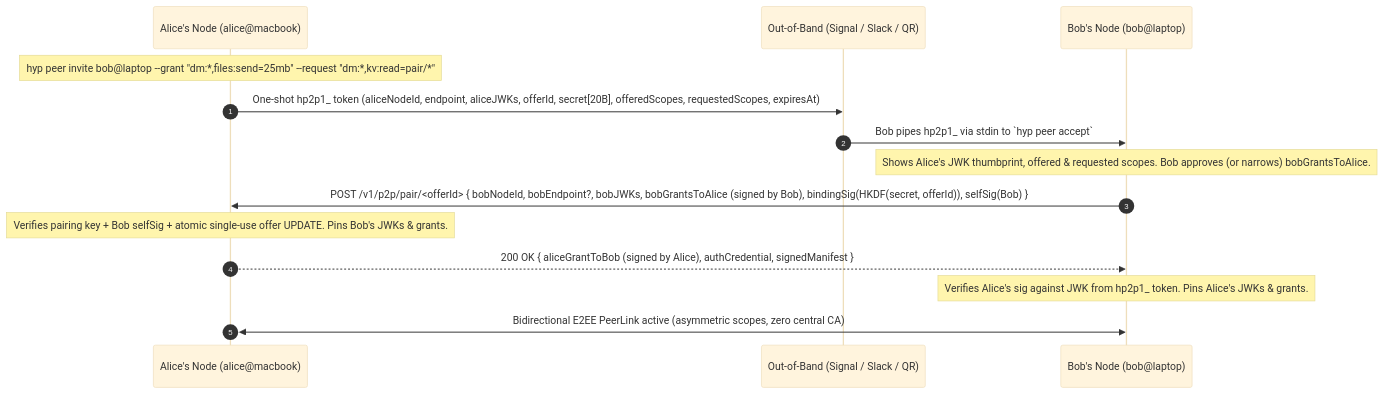
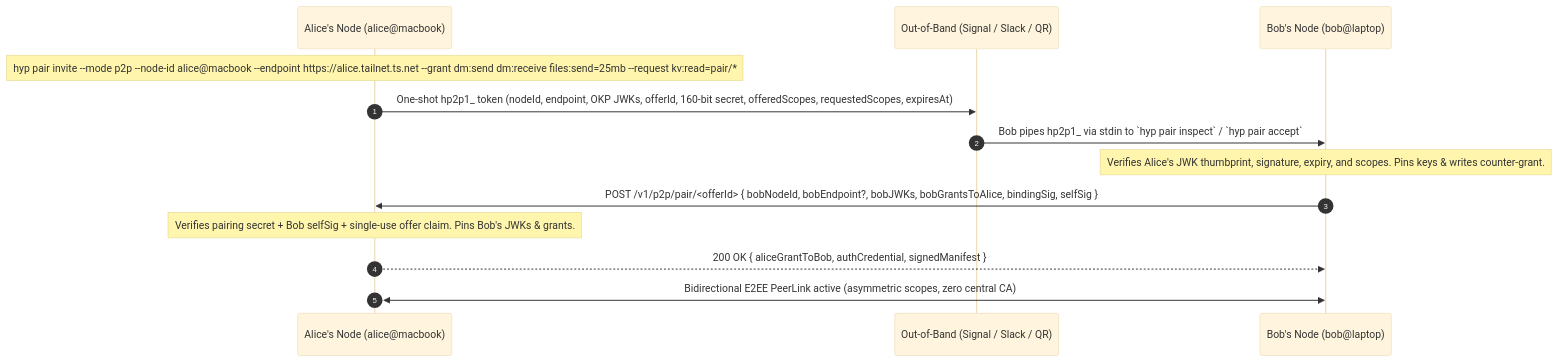
The third of 5 diagrams in docs/architecture-v2.md (hyphae-to/hyp), drawn with Mermaid (base theme) before and after one commit. The commit also changed other lines of this file and 11 other files, not shown here.

````diff
--- a/docs/architecture-v2.md
+++ b/docs/architecture-v2.md
@@ -473,17 +282,16 @@
 ```mermaid
 sequenceDiagram
   autonumber
   participant Alice as Alice's Node (alice@macbook)
   participant OOB as Out-of-Band (Signal / Slack / QR)
   participant Bob as Bob's Node (bob@laptop)
 
-  Note over Alice: hyp peer invite bob@laptop --grant "dm:*,files:send=25mb" --request "dm:*,kv:read=pair/*"
-  Alice->>OOB: One-shot hp2p1_ token (aliceNodeId, endpoint, aliceJWKs, offerId, secret[20B], offeredScopes, requestedScopes, expiresAt)
-  OOB->>Bob: Bob pipes hp2p1_ via stdin to `hyp peer accept`
-  Note over Bob: Shows Alice's JWK thumbprint, offered & requested scopes. Bob approves (or narrows) bobGrantsToAlice.
-  Bob->>Alice: POST /v1/p2p/pair/<offerId> { bobNodeId, bobEndpoint?, bobJWKs, bobGrantsToAlice (signed by Bob), bindingSig(HKDF(secret, offerId)), selfSig(Bob) }
-  Note over Alice: Verifies pairing key + Bob selfSig + atomic single-use offer UPDATE. Pins Bob's JWKs & grants.
-  Alice-->>Bob: 200 OK { aliceGrantToBob (signed by Alice), authCredential, signedManifest }
-  Note over Bob: Verifies Alice's sig against JWK from hp2p1_ token. Pins Alice's JWKs & grants.
+  Note over Alice: hyp pair invite --mode p2p --node-id alice@macbook --endpoint https://alice.tailnet.ts.net --grant dm:send dm:receive files:send=25mb --request kv:read=pair/*
+  Alice->>OOB: One-shot hp2p1_ token (nodeId, endpoint, OKP JWKs, offerId, 160-bit secret, offeredScopes, requestedScopes, expiresAt)
+  OOB->>Bob: Bob pipes hp2p1_ via stdin to `hyp pair inspect` / `hyp pair accept`
+  Note over Bob: Verifies Alice's JWK thumbprint, signature, expiry, and scopes. Pins keys & writes counter-grant.
+  Bob->>Alice: POST /v1/p2p/pair/<offerId> { bobNodeId, bobEndpoint?, bobJWKs, bobGrantsToAlice, bindingSig, selfSig }
+  Note over Alice: Verifies pairing secret + Bob selfSig + single-use offer claim. Pins Bob's JWKs & grants.
+  Alice-->>Bob: 200 OK { aliceGrantToBob, authCredential, signedManifest }
   Alice<<->>Bob: Bidirectional E2EE PeerLink active (asymmetric scopes, zero central CA)
 ```
````
